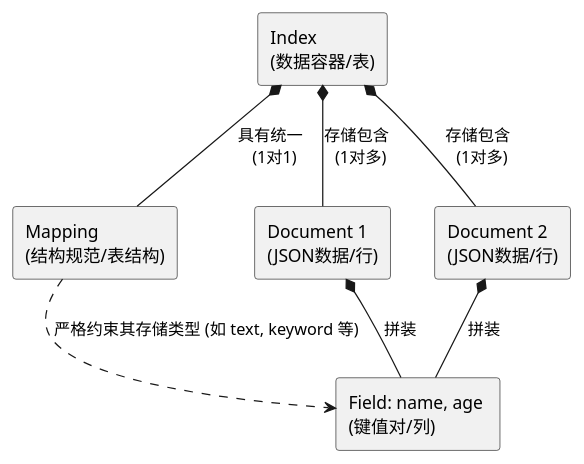
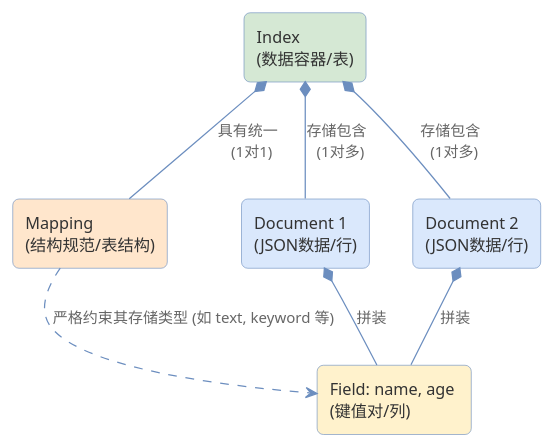
The diagram in elastic/elastic3.md (Lin-Lambert/obisdian), drawn with PlantUML before and after one commit. The commit also changed 5 other files, not shown here.

Commit message:
调整uml流程图样式

````diff
--- a/elastic/elastic3.md
+++ b/elastic/elastic3.md
@@ -65,21 +65,38 @@
 ```plantuml
 @startuml
+skinparam DefaultFontName "Microsoft YaHei"
+skinparam BackgroundColor white
+skinparam Shadowing false
+skinparam RoundCorner 10
 skinparam componentStyle rectangle
 
-component "Index \n(数据容器/表)" as idx
-component "Mapping \n(结构规范/表结构)" as map
+skinparam component {
+  BackgroundColor #dae8fc
+  BorderColor #6c8ebf
+  FontColor #333333
+  FontSize 13
+}
+
+skinparam Arrow {
+  Color #6c8ebf
+  FontColor #666666
+  FontSize 12
+}
+
+component "Index \n(数据容器/表)" as idx #d5e8d4
+component "Mapping \n(结构规范/表结构)" as map #ffe6cc
 component "Document 1 \n(JSON数据/行)" as doc1
 component "Document 2 \n(JSON数据/行)" as doc2
-component "Field: name, age \n(键值对/列)" as field
+component "Field: name, age \n(键值对/列)" as field #fff2cc
 
 idx *-- map : "具有统一 \n (1对1)"
 idx *-- doc1 : "存储包含 \n (1对多)"
 idx *-- doc2 : "存储包含 \n (1对多)"
 
 doc1 *-- field : "拼装"
 doc2 *-- field : "拼装"
 
 map ..> field : "严格约束其存储类型 (如 text, keyword 等)"
 @enduml
 
 ```
````
